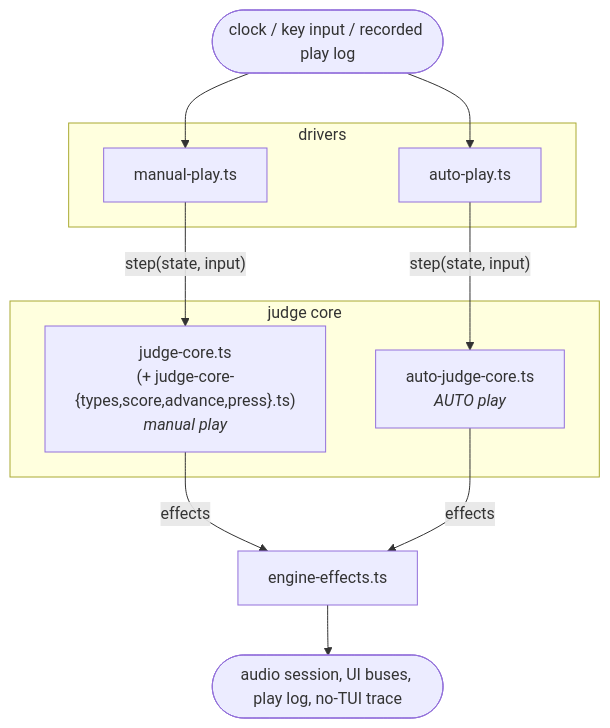
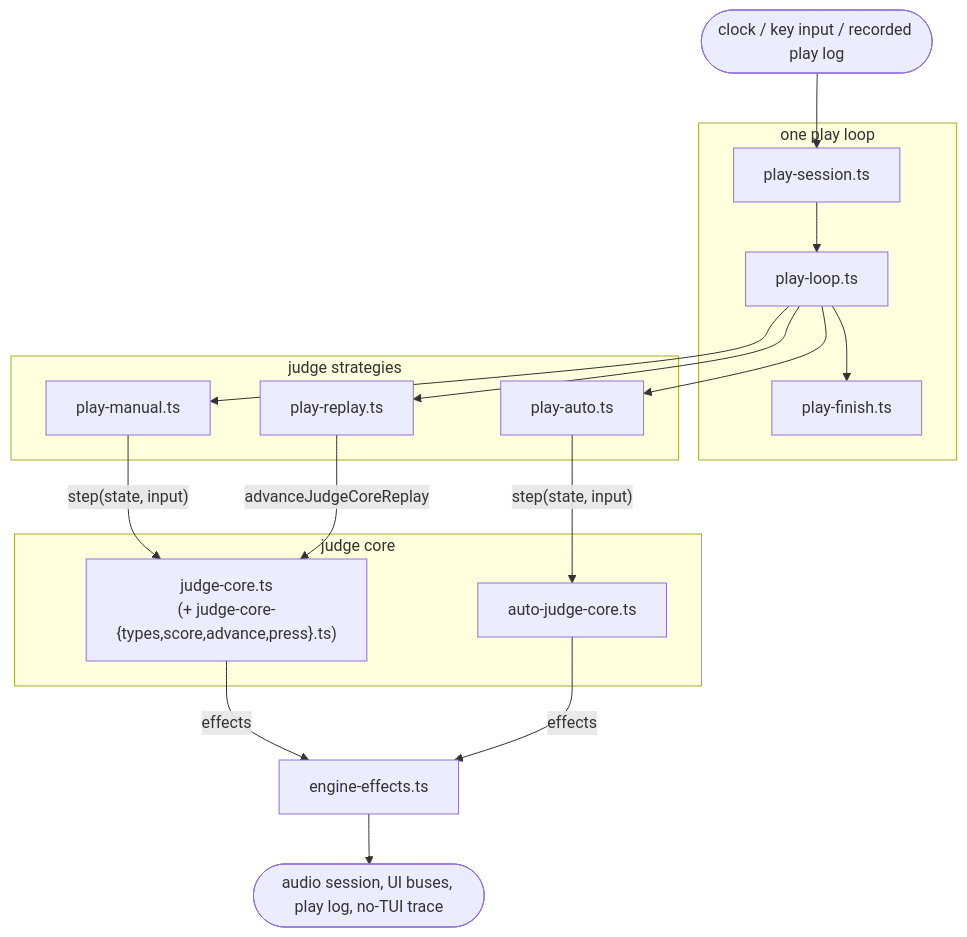
Before and after one commit to nulltask/be-music: the second of 3 diagrams in docs/architecture.md, drawn with Mermaid. The commit also changed other lines of this file and 1 other file, not shown here.

Commit message:
docs: describe the one play loop and its judge strategies [ci skip]

````diff
--- a/docs/architecture.md
+++ b/docs/architecture.md
@@ -101,22 +101,31 @@
 ```mermaid
 flowchart TD
   inputs(["clock / key input / recorded play log"])
-  subgraph drivers["drivers"]
-    manual["manual-play.ts"]
-    auto["auto-play.ts"]
+  subgraph loop["one play loop"]
+    session["play-session.ts"]
+    run["play-loop.ts"]
+    finish["play-finish.ts"]
+  end
+  subgraph strategies["judge strategies"]
+    manual["play-manual.ts"]
+    replay["play-replay.ts"]
+    auto["play-auto.ts"]
   end
   subgraph core["judge core"]
-    judge["judge-core.ts<br/>(+ judge-core-{types,score,advance,press}.ts)<br/><i>manual play</i>"]
-    autoJudge["auto-judge-core.ts<br/><i>AUTO play</i>"]
+    judge["judge-core.ts<br/>(+ judge-core-{types,score,advance,press}.ts)"]
+    autoJudge["auto-judge-core.ts"]
   end
   effects["engine-effects.ts"]
   host(["audio session, UI buses, play log, no-TUI trace"])
 
-  inputs --> manual
-  inputs --> auto
+  inputs --> session --> run --> finish
+  run --> manual
+  run --> replay
+  run --> auto
   manual -->|"step(state, input)"| judge
+  replay -->|"advanceJudgeCoreReplay"| judge
   auto -->|"step(state, input)"| autoJudge
   judge -->|effects| effects
   autoJudge -->|effects| effects
   effects --> host
 ```
````
